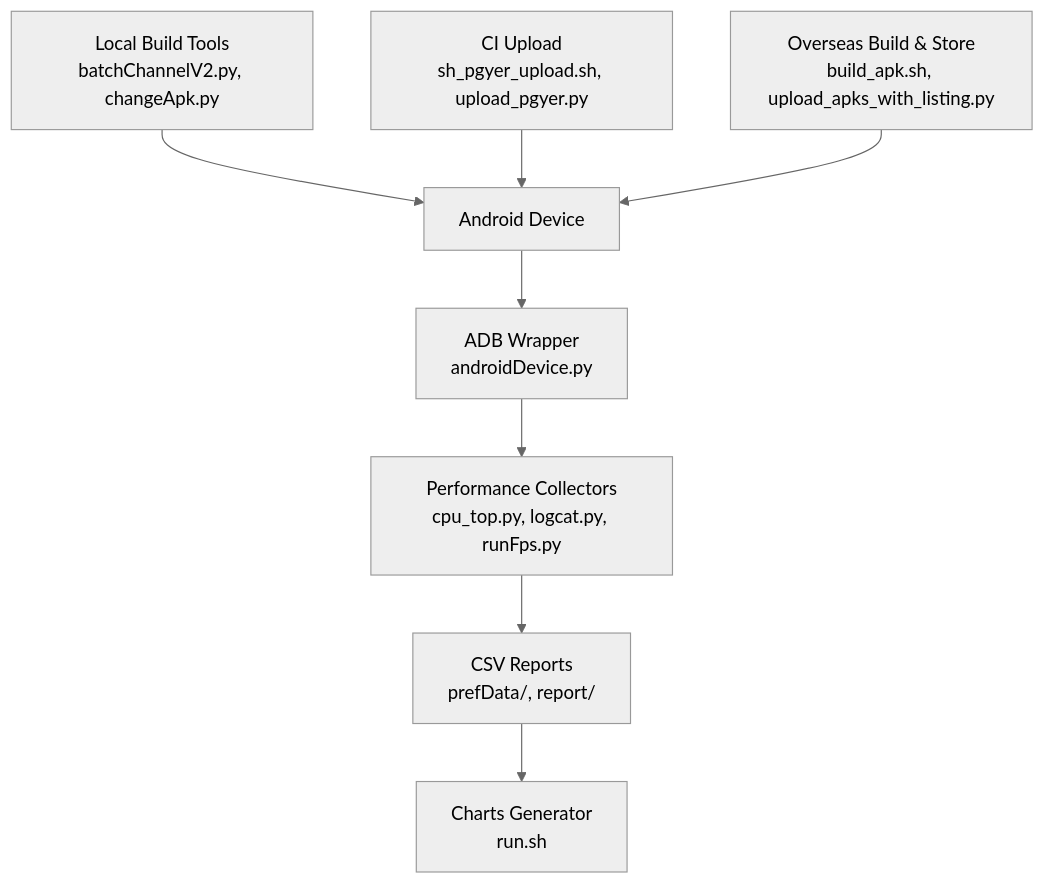
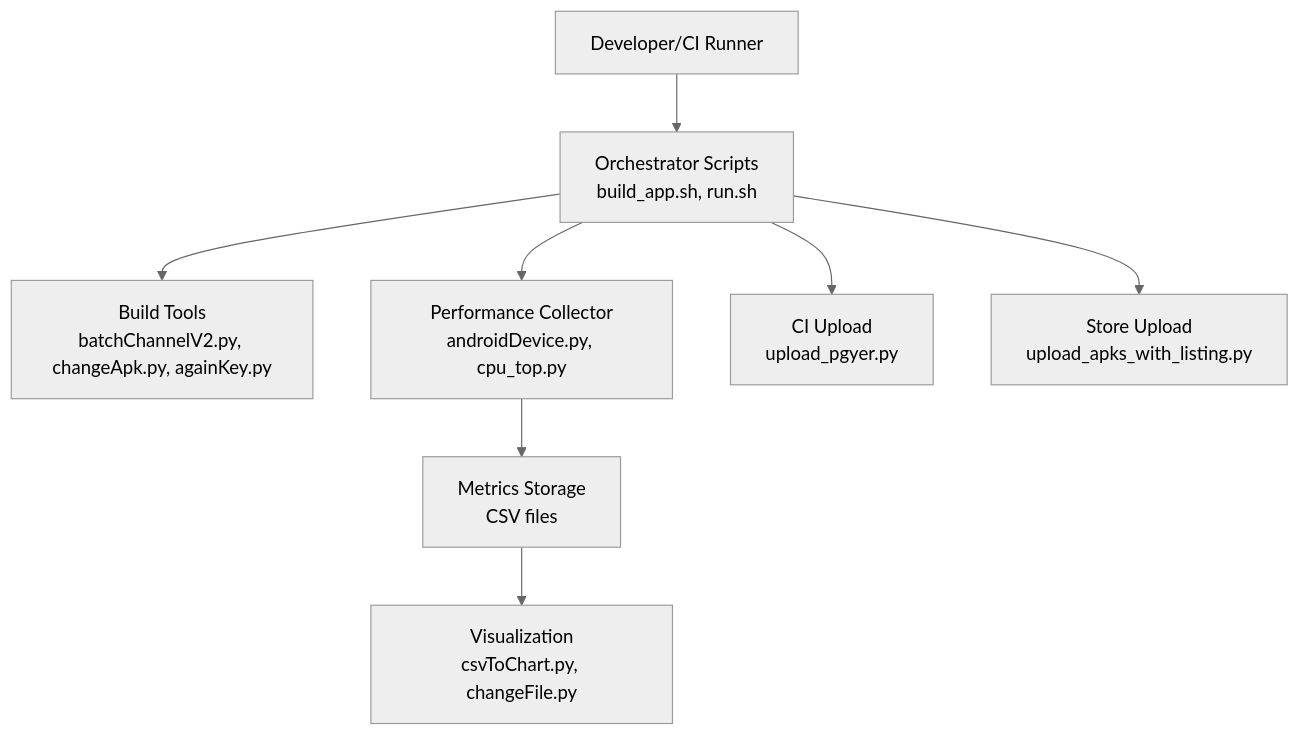
Before and after one commit to liximing1-ola/qa-perfCode: the second of 7 diagrams in .qoder/repowiki/en/content/Project Overview.md, drawn with Mermaid (neutral theme). The commit also changed other lines of this file and 50 other files, not shown here.

````diff
--- a/.qoder/repowiki/en/content/Project Overview.md
+++ b/.qoder/repowiki/en/content/Project Overview.md
@@ -130,18 +134,10 @@
 ```mermaid
 graph TB
-Dev["Android Device"]
-ADB["ADB Wrapper<br/>androidDevice.py"]
-Perf["Performance Collectors<br/>cpu_top.py, logcat.py, runFps.py"]
-Storage["CSV Reports<br/>prefData/, report/"]
-Charts["Charts Generator<br/>run.sh"]
-Build["Local Build Tools<br/>batchChannelV2.py, changeApk.py"]
-CI["CI Upload<br/>sh_pgyer_upload.sh, upload_pgyer.py"]
-Oversea["Overseas Build & Store<br/>build_apk.sh, upload_apks_with_listing.py"]
-Dev --> ADB
-ADB --> Perf
-Perf --> Storage
-Storage --> Charts
-Build --> Dev
-CI --> Dev
-Oversea --> Dev
+Dev["Developer/CI Runner"] --> Orchestrator["Orchestrator Scripts<br/>build_app.sh, run.sh"]
+Orchestrator --> Builder["Build Tools<br/>batchChannelV2.py, changeApk.py, againKey.py"]
+Orchestrator --> Perf["Performance Collector<br/>androidDevice.py, cpu_top.py"]
+Perf --> Storage["Metrics Storage<br/>CSV files"]
+Storage --> Report["Visualization<br/>csvToChart.py, changeFile.py"]
+Orchestrator --> Upload["CI Upload<br/>upload_pgyer.py"]
+Orchestrator --> Store["Store Upload<br/>upload_apks_with_listing.py"]
 ```
````
